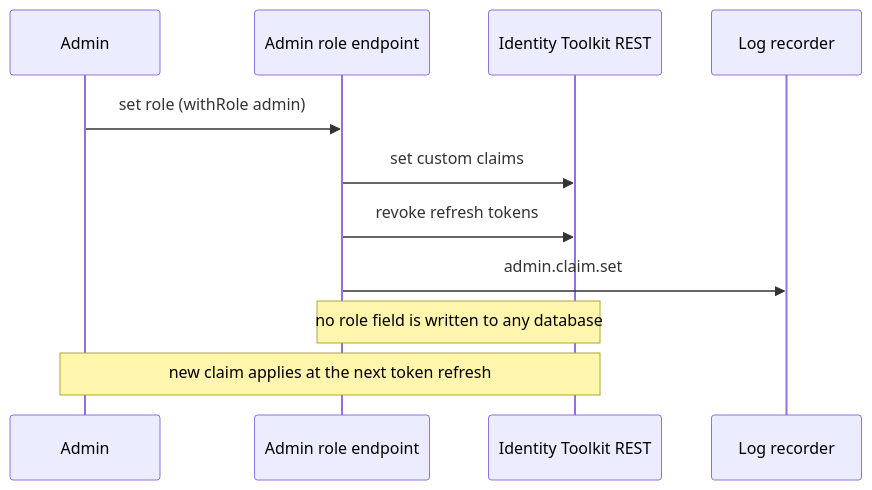
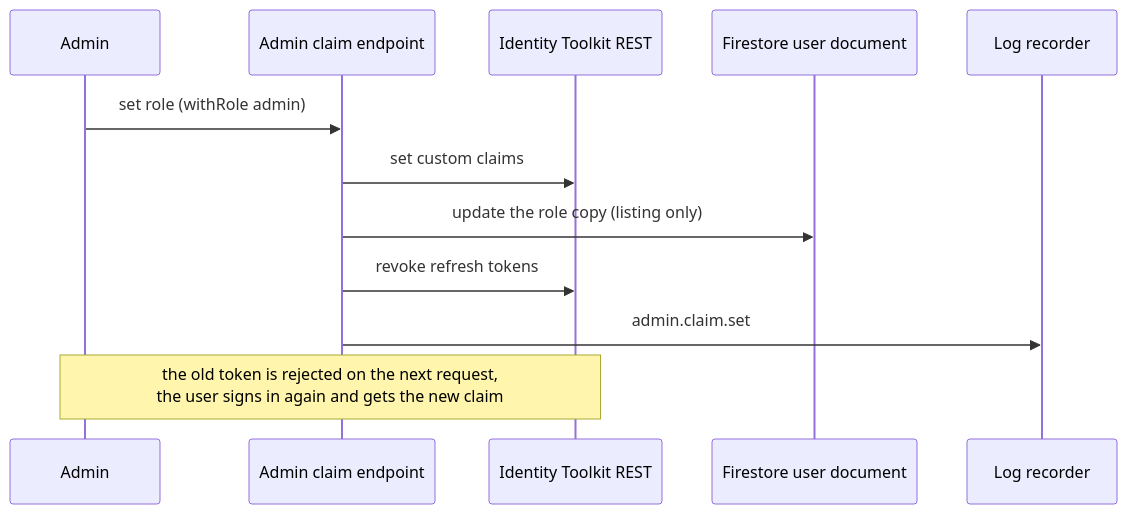
Before and after one commit to Improve-To-Grow/MUSUBI: the third of 3 diagrams in src/templates/shared/steering/rules/itg/security.md, drawn with Mermaid. The commit also changed other lines of this file and 57 other files, not shown here.

````diff
--- a/src/templates/shared/steering/rules/itg/security.md
+++ b/src/templates/shared/steering/rules/itg/security.md
@@ -55,13 +62,14 @@
 ```mermaid
 sequenceDiagram
     participant Admin
-    participant API as Admin role endpoint
+    participant API as Admin claim endpoint
     participant IDT as Identity Toolkit REST
+    participant FS as Firestore user document
     participant Log as Log recorder
     Admin->>API: set role (withRole admin)
     API->>IDT: set custom claims
+    API->>FS: update the role copy (listing only)
     API->>IDT: revoke refresh tokens
     API->>Log: admin.claim.set
-    Note over API,IDT: no role field is written to any database
-    Note over Admin,IDT: new claim applies at the next token refresh
+    Note over Admin,IDT: the old token is rejected on the next request,<br/>the user signs in again and gets the new claim
 ```
````
